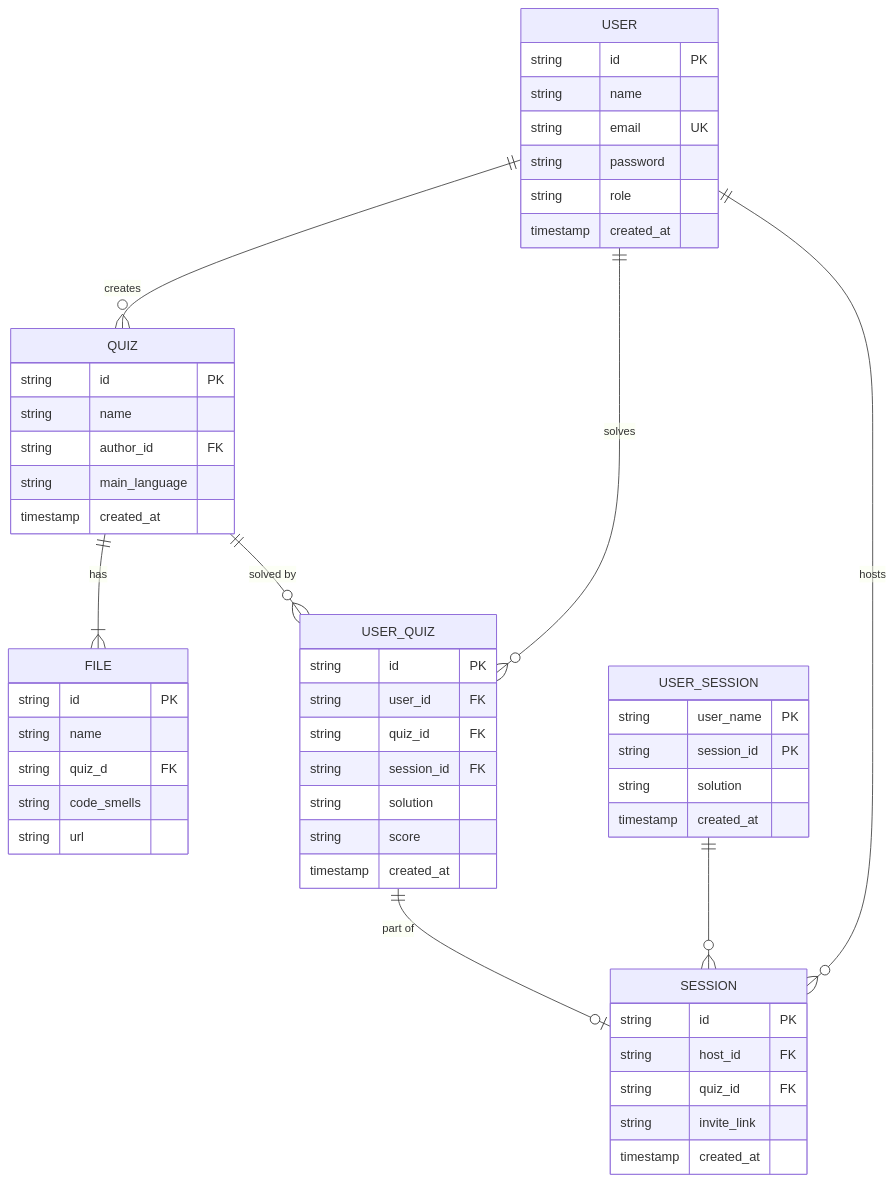
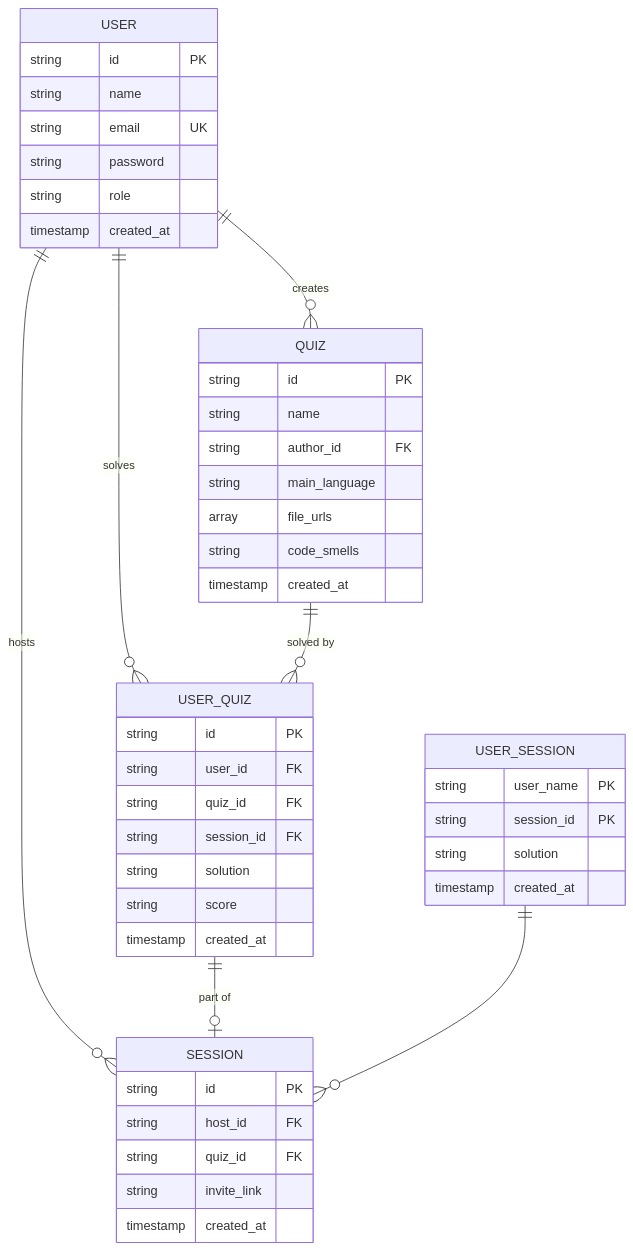
One commit to rcybulski1122012/Ceramicy-IO changed the diagram in README.md. Above: the diagram before and after it, drawn with Mermaid. The commit also changed 7 other files, not shown here.

````diff
--- a/README.md
+++ b/README.md
@@ -20,65 +20,58 @@
 ```mermaid
 erDiagram
     QUIZ {
         string id PK
         string name
         string author_id FK
         string main_language
+        array file_urls
+        string code_smells
         timestamp created_at
-    }
-    
-    FILE {
-        string id PK
-        string name
-        string quiz_d FK
-        string code_smells
-        string url
     }
     
     USER {
         string id PK
         string name
         string email UK
         string password
         string role
         timestamp created_at
     }
     
     USER_QUIZ {
         string id PK
         string user_id FK
         string quiz_id FK
         string session_id FK
         string solution
         string score
         timestamp created_at
     }
     
     
     SESSION {
         string id PK
         string host_id FK
         string quiz_id FK
         string invite_link
         timestamp created_at
     }
     
     USER_SESSION {
         string user_name PK
         string session_id PK
         string solution
         timestamp created_at
     }
     
     
-    QUIZ ||--|{ FILE : "has"
     USER ||--o{ QUIZ : "creates"
     USER ||--o{ USER_QUIZ : "solves"
     QUIZ ||--o{ USER_QUIZ : "solved by"
     USER ||--o{ SESSION : "hosts"
 %%    SESSION ||--o{ QUIZ : ""
     USER_QUIZ ||--o| SESSION : "part of"
     USER_SESSION ||--o{ SESSION : ""
     
     
 ```
````
